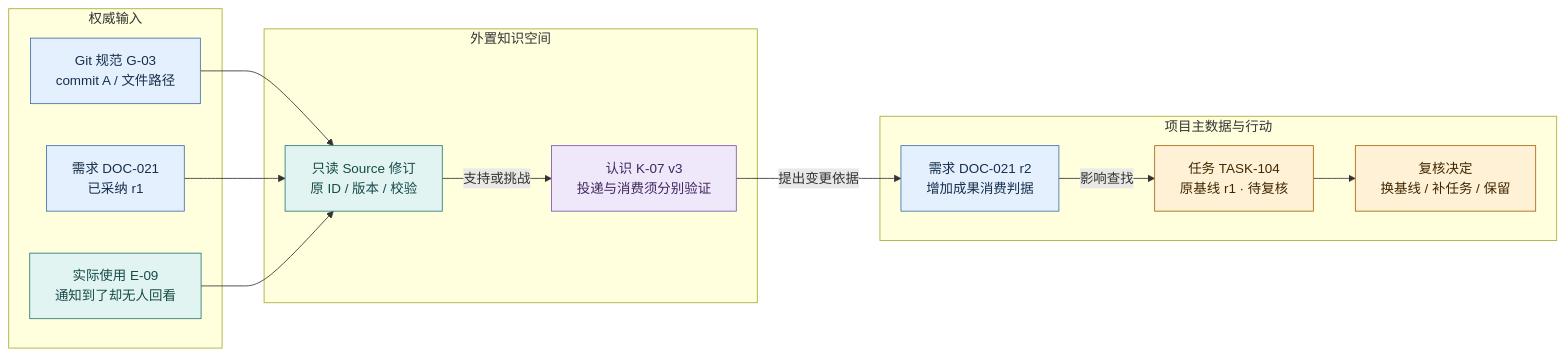
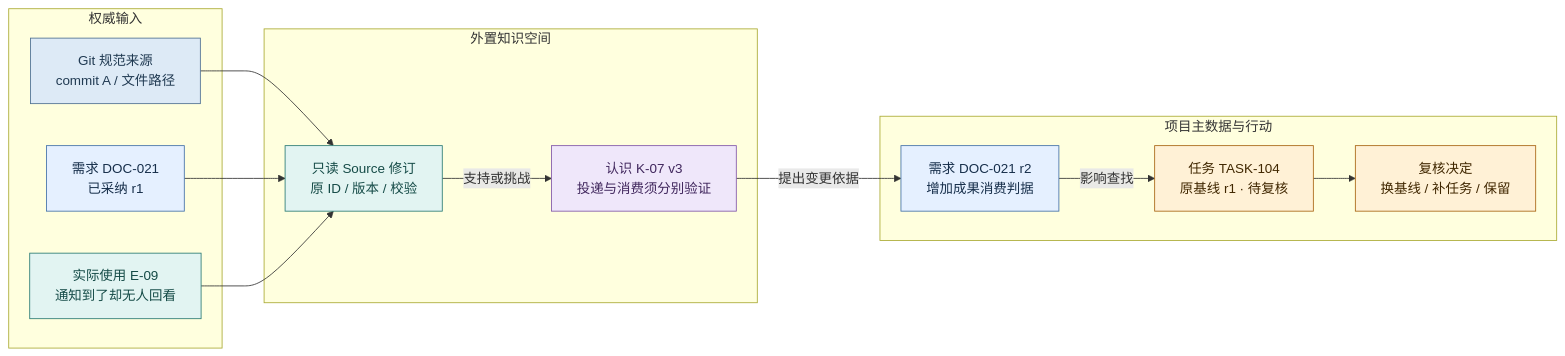
Before and after one commit to cyl19970726/evoLoop: the first of 2 diagrams in docs/architecture/knowledge-flow.md, drawn with Mermaid. The commit also changed other lines of this file and 17 other files, not shown here.

````diff
--- a/docs/architecture/knowledge-flow.md
+++ b/docs/architecture/knowledge-flow.md
@@ -20,28 +20,29 @@
 ```mermaid
 flowchart LR
   subgraph origins["权威输入"]
-    G["Git 规范 G-03<br/>commit A / 文件路径"]:::document
+    G["Git 规范来源<br/>commit A / 文件路径"]:::git_source
     D["需求 DOC-021<br/>已采纳 r1"]:::document
     F["实际使用 E-09<br/>通知到了却无人回看"]:::evidence
   end
   subgraph knowledge["外置知识空间"]
     S["只读 Source 修订<br/>原 ID / 版本 / 校验"]:::evidence
     K["认识 K-07 v3<br/>投递与消费须分别验证"]:::knowledge
   end
   subgraph work["项目主数据与行动"]
     R["需求 DOC-021 r2<br/>增加成果消费判据"]:::document
     T["任务 TASK-104<br/>原基线 r1 · 待复核"]:::task
     V["复核决定<br/>换基线 / 补任务 / 保留"]:::task
   end
   G --> S
   D --> S
   F --> S
   S -->|支持或挑战| K
   K -->|提出变更依据| R
   R -->|影响查找| T
   T --> V
   classDef document fill:#E5F0FF,stroke:#4270A8,color:#172F4B
+  classDef git_source fill:#DDEAF6,stroke:#4D6F91,color:#203A52
   classDef evidence fill:#E2F4F2,stroke:#297A73,color:#154B47
   classDef knowledge fill:#EFE7FA,stroke:#8056A8,color:#40275D
   classDef task fill:#FFF1D6,stroke:#A86412,color:#402700
 ```
````
